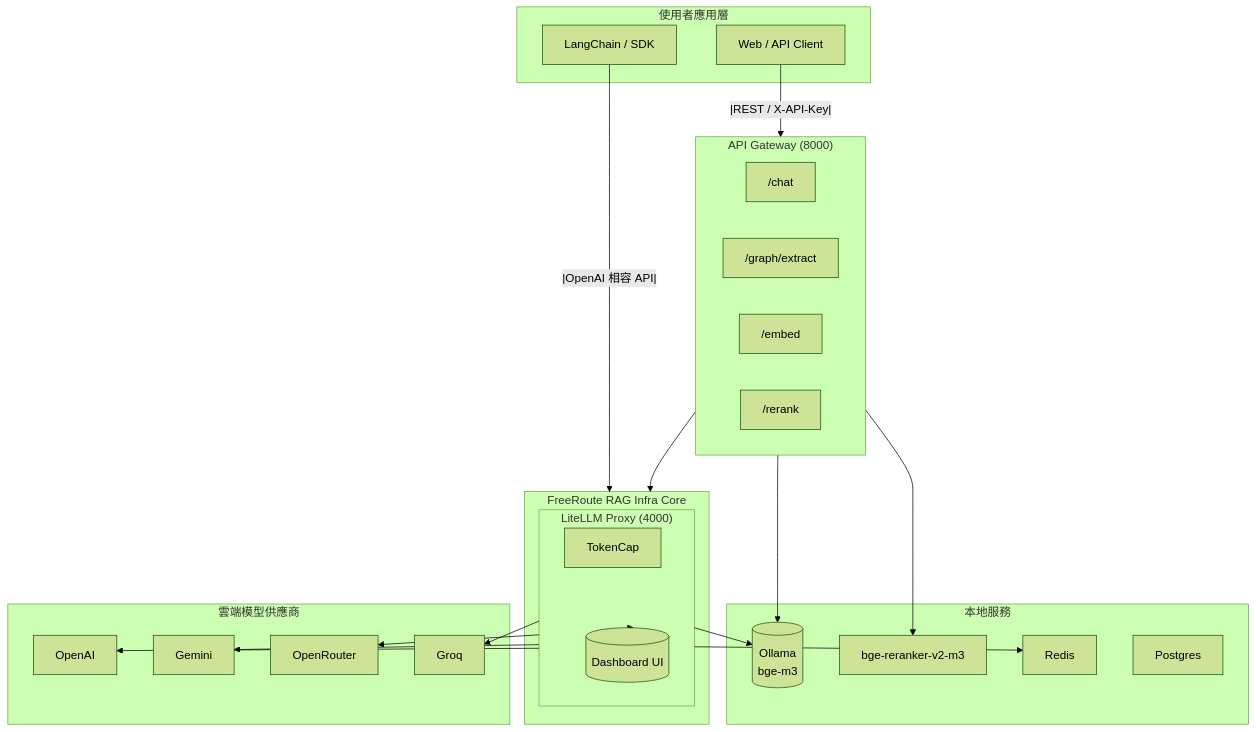
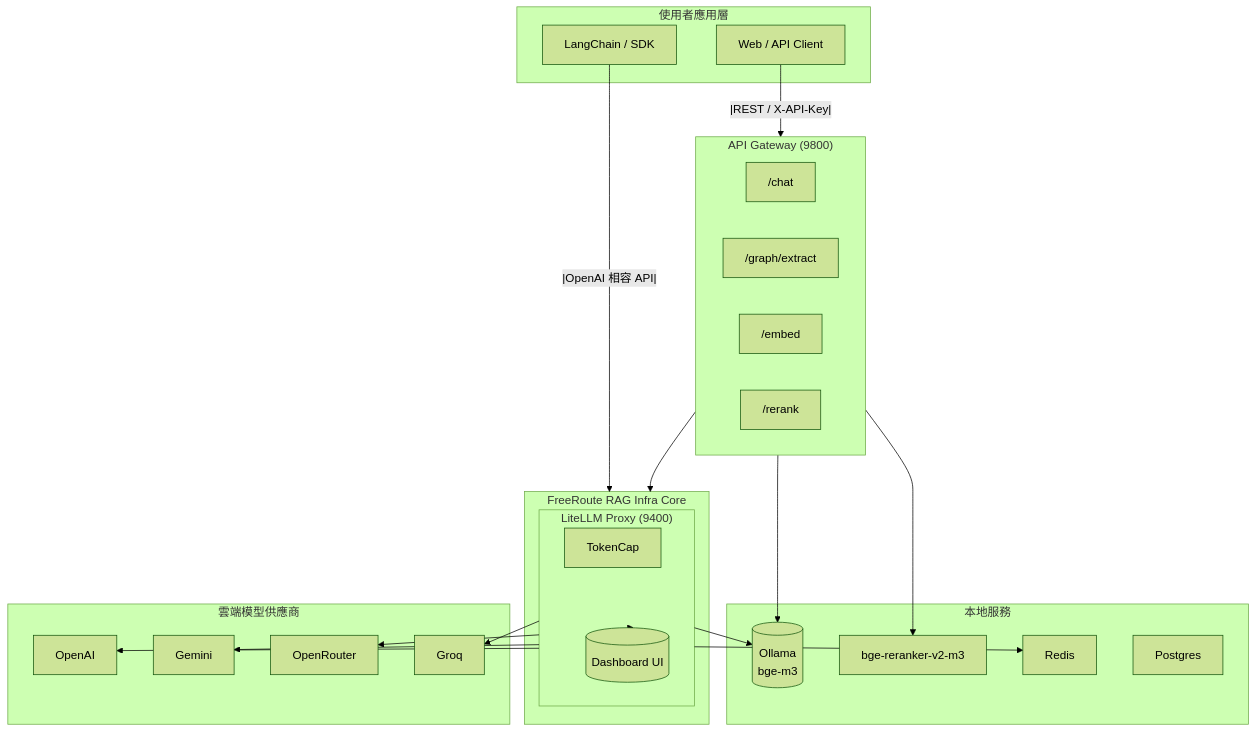
Before and after one commit to tc3oliver/FreeRoute-RAG-Infra: the diagram in README.zh-TW.md, drawn with Mermaid (forest theme). The commit also changed other lines of this file and 36 other files, not shown here.

````diff
--- a/README.zh-TW.md
+++ b/README.zh-TW.md
@@ -77,51 +95,51 @@
 ```mermaid
 flowchart TB
   subgraph CLIENT["使用者應用層"]
     LC["LangChain / SDK"]
     FE["Web / API Client"]
   end
 
-  subgraph GATEWAY["API Gateway (8000)"]
+  subgraph GATEWAY["API Gateway (9800)"]
     G1["/chat"]
     G2["/graph/extract"]
     G3["/embed"]
     G4["/rerank"]
   end
 
   subgraph CORE["FreeRoute RAG Infra Core"]
-    subgraph LITELLM["LiteLLM Proxy (4000)"]
+  subgraph LITELLM["LiteLLM Proxy (9400)"]
       TOK["TokenCap"]
       LDB[("Dashboard UI")]
     end
   end
 
   subgraph LOCAL["本地服務"]
     OLLAMA[("Ollama<br/>bge-m3")]
     RERANK["bge-reranker-v2-m3"]
     REDIS["Redis"]
     PG["Postgres"]
   end
 
   subgraph PROVIDERS["雲端模型供應商"]
     OAI["OpenAI"]
     GGM["Gemini"]
     OPR["OpenRouter"]
     GRQ["Groq"]
   end
 
   LC --|OpenAI 相容 API|--> LITELLM
   FE --|REST / X-API-Key|--> GATEWAY
 
   GATEWAY --> LITELLM
   LITELLM --> OLLAMA
   GATEWAY --> OLLAMA
   GATEWAY --> RERANK
 
   LITELLM --> REDIS
   LITELLM --> LDB
 
   LITELLM --> OAI
   LITELLM --> GGM
   LITELLM --> OPR
   LITELLM --> GRQ
 ```
````
